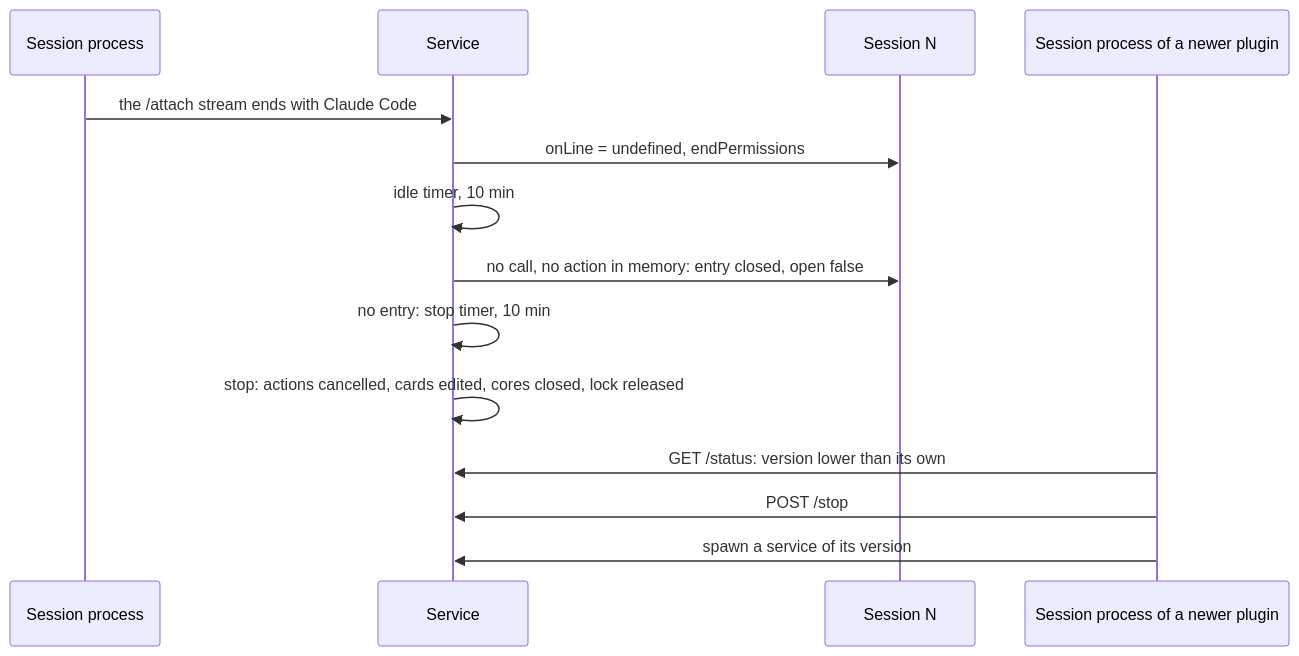
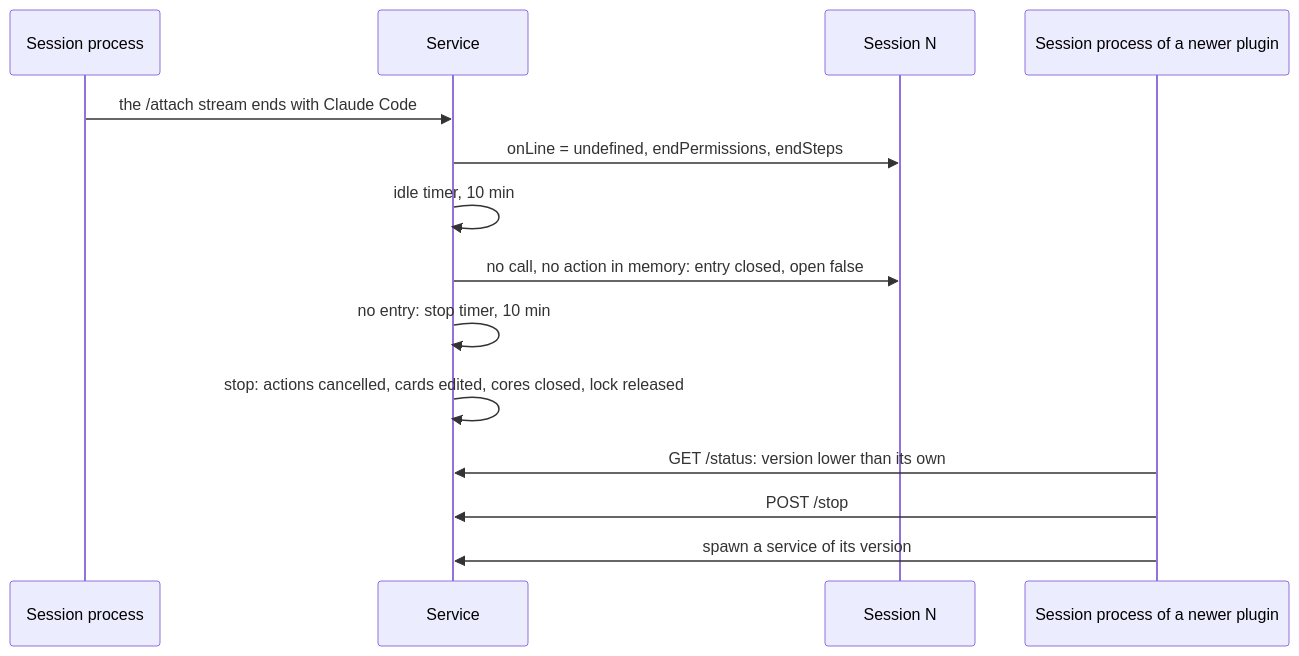
Before and after one commit to simplex-chat/simplex-chat: diagram 26 of 32 in packages/simplex-chat-mcp/spec/flows.md, drawn with Mermaid. The commit also changed other lines of this file and 18 other files, not shown here.

````diff
--- a/packages/simplex-chat-mcp/spec/flows.md
+++ b/packages/simplex-chat-mcp/spec/flows.md
@@ -1180,16 +1181,16 @@
 ```mermaid
 sequenceDiagram
   participant S as Session process
   participant D as Service
   participant N as Session N
   participant S2 as Session process of a newer plugin
   S->>D: the /attach stream ends with Claude Code
-  D->>N: onLine = undefined, endPermissions
+  D->>N: onLine = undefined, endPermissions, endSteps
   D->>D: idle timer, 10 min
   D->>N: no call, no action in memory: entry closed, open false
   D->>D: no entry: stop timer, 10 min
   D->>D: stop: actions cancelled, cards edited, cores closed, lock released
   S2->>D: GET /status: version lower than its own
   S2->>D: POST /stop
   S2->>D: spawn a service of its version
 ```
````
